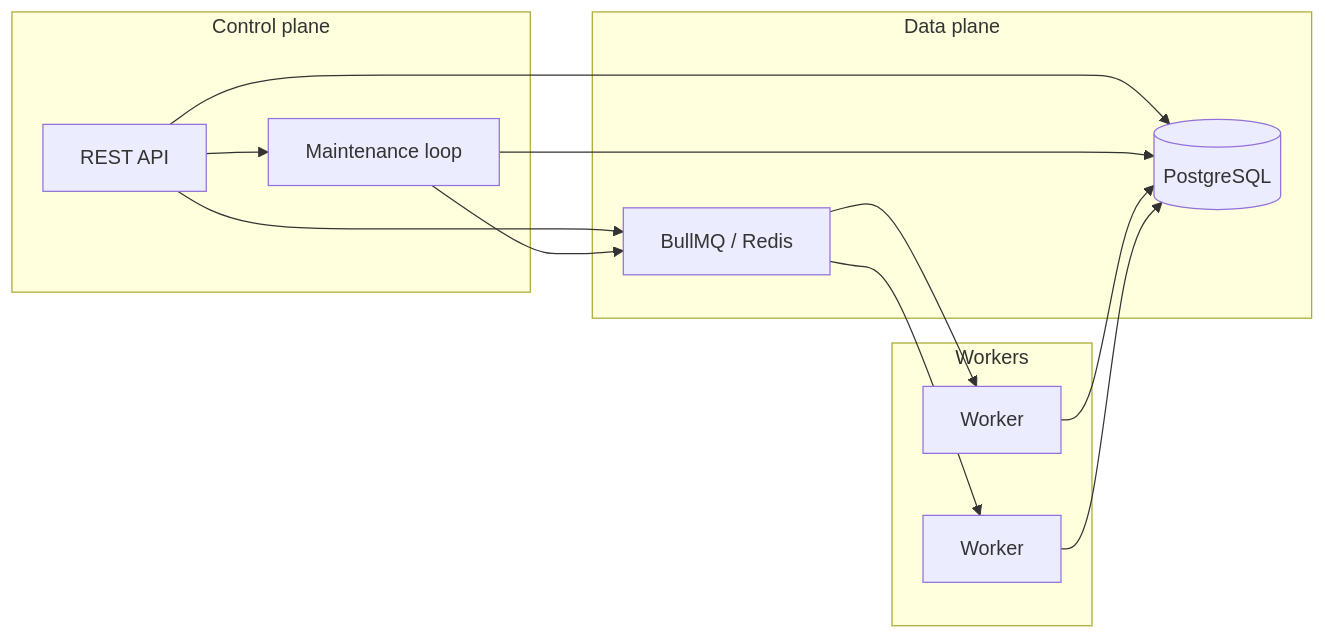
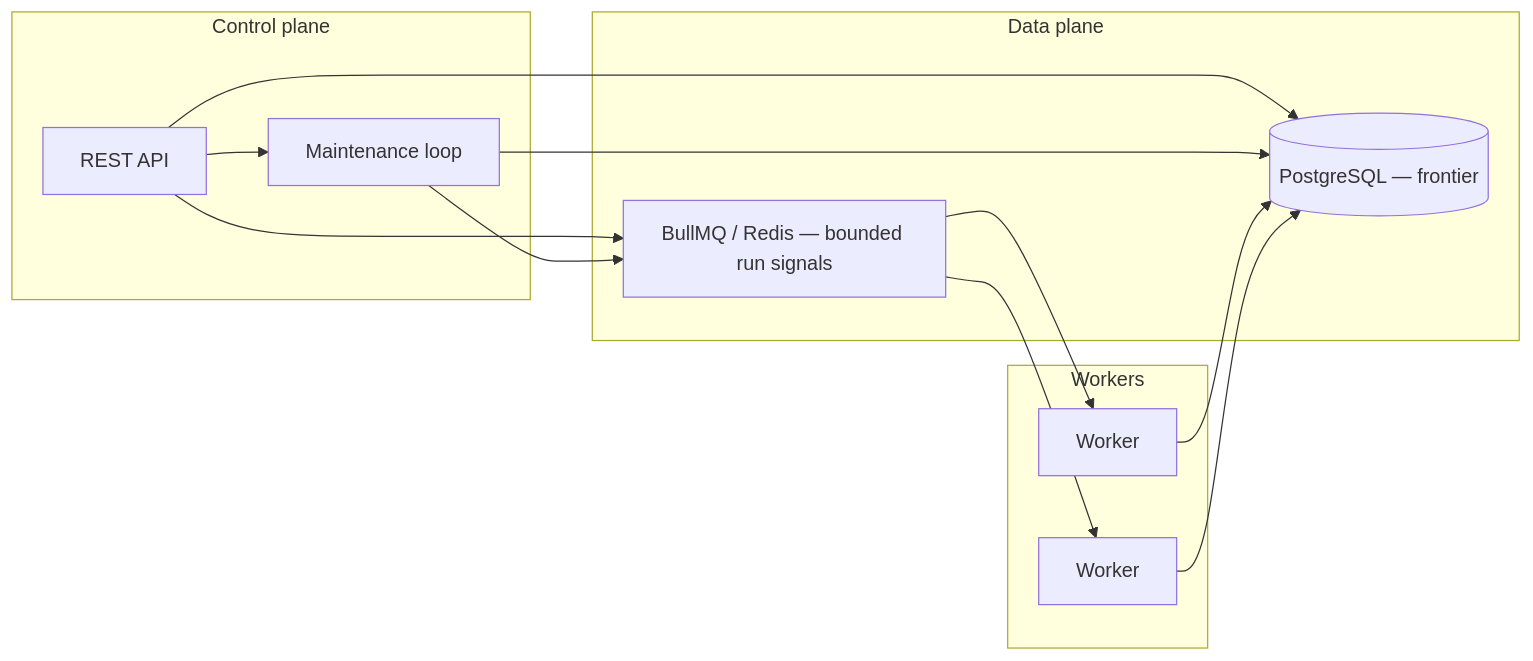
The first of 2 diagrams in docs/architecture.md (samuelhajnik/distributed-web-crawler), drawn with Mermaid before and after one commit. The commit also changed other lines of this file and 46 other files, not shown here.

````diff
--- a/docs/architecture.md
+++ b/docs/architecture.md
@@ -5,24 +5,24 @@
 ```mermaid
 flowchart LR
   subgraph control_plane [Control plane]
     API[REST API]
     MNT[Maintenance loop]
     API --> MNT
   end
   subgraph data [Data plane]
-    PG[(PostgreSQL)]
-    RQ[BullMQ / Redis]
+    PG[(PostgreSQL — frontier)]
+    RQ[BullMQ / Redis — bounded run signals]
   end
   subgraph workers [Workers]
     W1[Worker]
     W2[Worker]
   end
   API --> PG
   API --> RQ
   MNT --> PG
   MNT --> RQ
   RQ --> W1
   RQ --> W2
   W1 --> PG
   W2 --> PG
 ```
````
